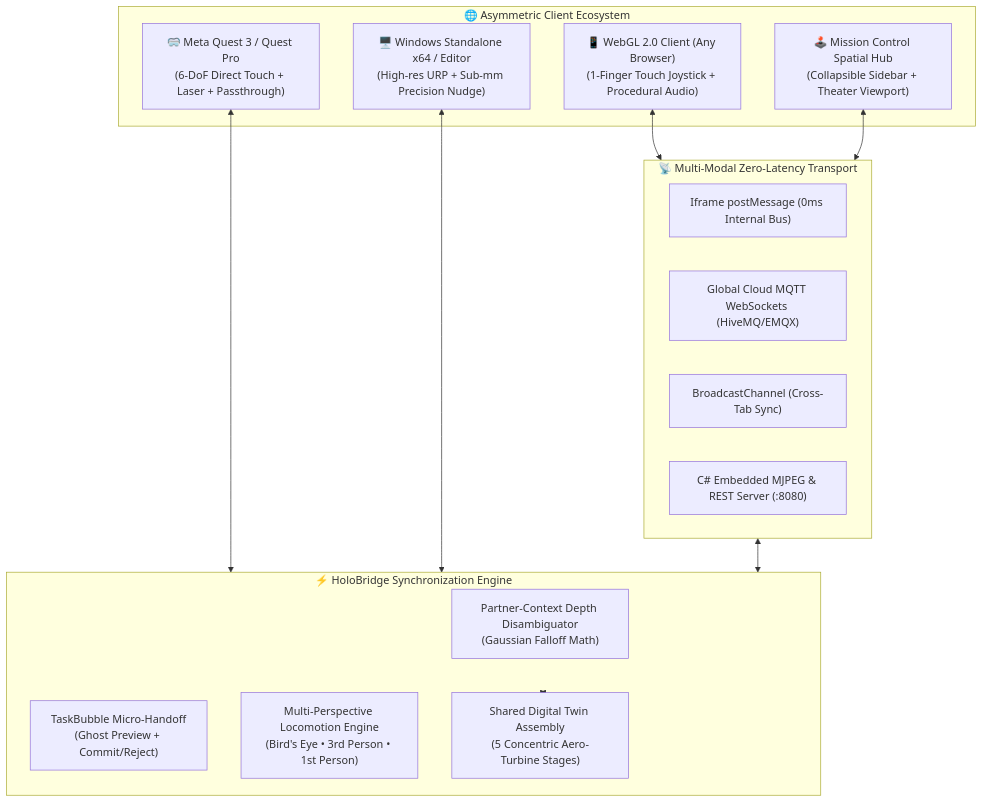
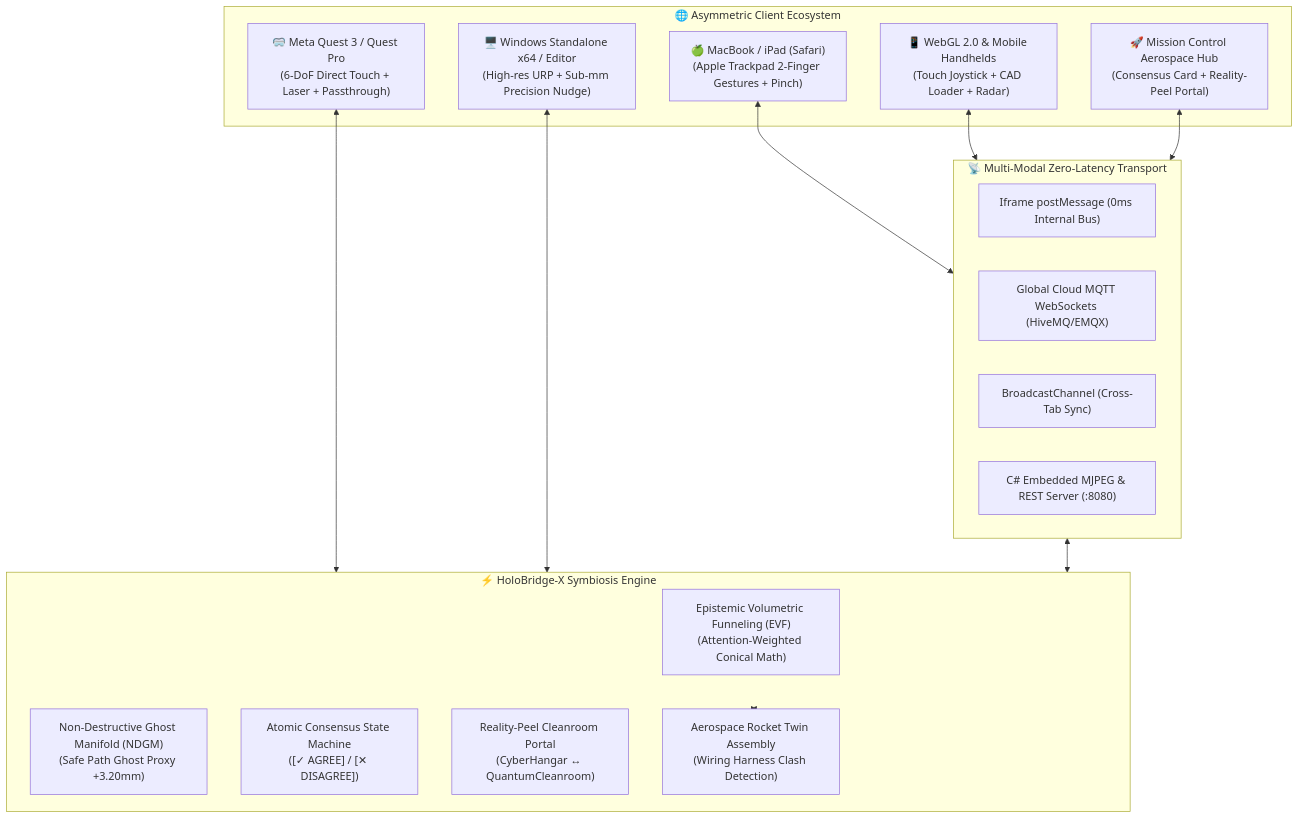
Before and after one commit to Borni12/HOLOBRIDGE-VR: the second of 2 diagrams in README.md, drawn with Mermaid. The commit also changed other lines of this file and 2 other files, not shown here.

Commit message:
docs(readme): update master documentation with aerospace rocket digital twin, consensus protocol, reality-peel cleanroom, and IEEE VR contest blueprint

````diff
--- a/README.md
+++ b/README.md
@@ -77,30 +131,33 @@
 ```mermaid
 flowchart TD
     subgraph Clients["🌐 Asymmetric Client Ecosystem"]
         VR["🥽 Meta Quest 3 / Quest Pro\n(6-DoF Direct Touch + Laser + Passthrough)"]
         PC["🖥️ Windows Standalone x64 / Editor\n(High-res URP + Sub-mm Precision Nudge)"]
-        Web["📱 WebGL 2.0 Client (Any Browser)\n(1-Finger Touch Joystick + Procedural Audio)"]
-        Hub["🕹️ Mission Control Spatial Hub\n(Collapsible Sidebar + Theater Viewport)"]
+        Mac["🍏 MacBook / iPad (Safari)\n(Apple Trackpad 2-Finger Gestures + Pinch)"]
+        Web["📱 WebGL 2.0 & Mobile Handhelds\n(Touch Joystick + CAD Loader + Radar)"]
+        Hub["🚀 Mission Control Aerospace Hub\n(Consensus Card + Reality-Peel Portal)"]
     end
 
-    subgraph SyncEngine["⚡ HoloBridge Synchronization Engine"]
-        PCDD["Partner-Context Depth Disambiguator\n(Gaussian Falloff Math)"]
-        Handoff["TaskBubble Micro-Handoff\n(Ghost Preview + Commit/Reject)"]
-        CamEngine["Multi-Perspective Locomotion Engine\n(Bird's Eye • 3rd Person • 1st Person)"]
-        Twin["Shared Digital Twin Assembly\n(5 Concentric Aero-Turbine Stages)"]
+    subgraph SyncEngine["⚡ HoloBridge-X Symbiosis Engine"]
+        EVF["Epistemic Volumetric Funneling (EVF)\n(Attention-Weighted Conical Math)"]
+        NDGM["Non-Destructive Ghost Manifold (NDGM)\n(Safe Path Ghost Proxy +3.20mm)"]
+        Consensus["Atomic Consensus State Machine\n([✓ AGREE] / [✕ DISAGREE])"]
+        Cleanroom["Reality-Peel Cleanroom Portal\n(CyberHangar ↔ QuantumCleanroom)"]
+        Twin["Aerospace Rocket Twin Assembly\n(Wiring Harness Clash Detection)"]
     end
 
     subgraph Transport["📡 Multi-Modal Zero-Latency Transport"]
         Iframe["Iframe postMessage (0ms Internal Bus)"]
         MQTT["Global Cloud MQTT WebSockets (HiveMQ/EMQX)"]
         BC["BroadcastChannel (Cross-Tab Sync)"]
         HTTP["C# Embedded MJPEG & REST Server (:8080)"]
     end
 
     VR <--> SyncEngine
     PC <--> SyncEngine
+    Mac <--> Transport
     Web <--> Transport
     Hub <--> Transport
     Transport <--> SyncEngine
     SyncEngine <--> Twin
 ```
````
